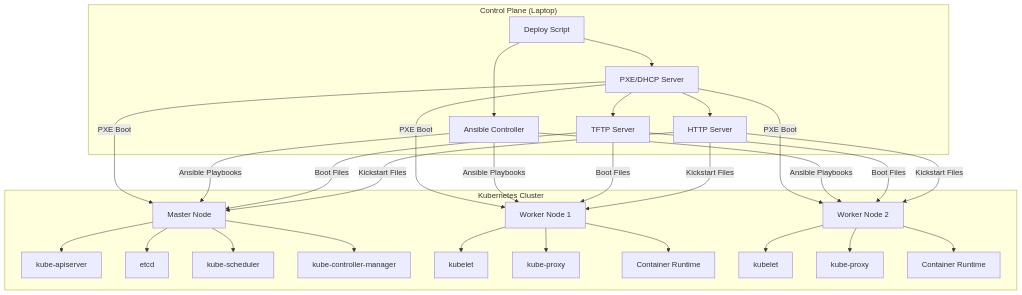
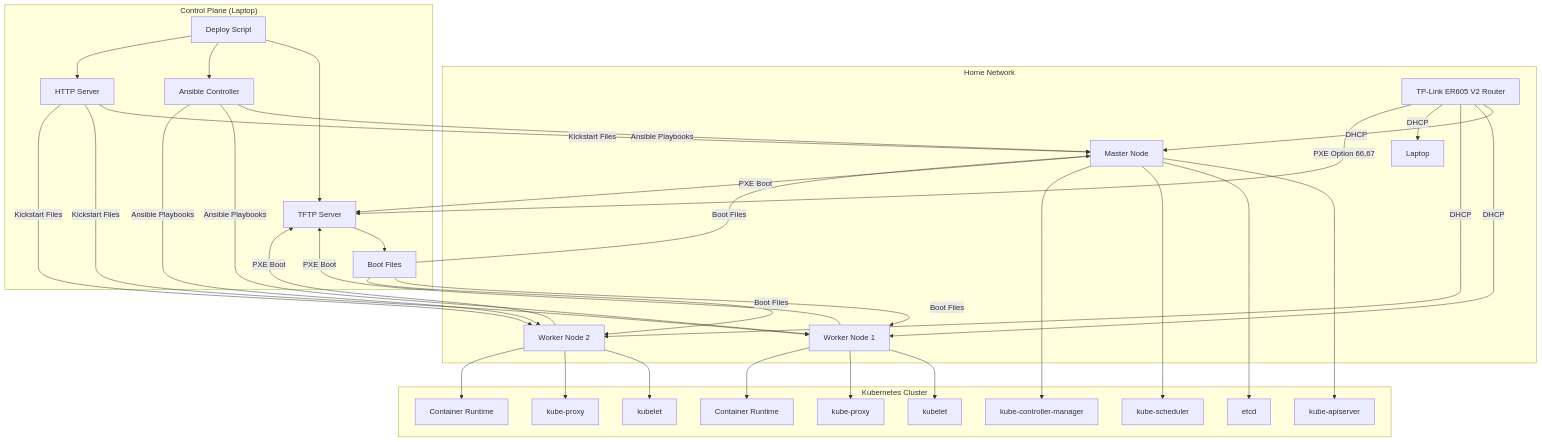
The first of 2 diagrams in README.md (DramisInfo/kube-lab), drawn with Mermaid before and after one commit. The commit also changed other lines of this file, not shown here.

Commit message:
feat: Enhance architecture diagrams and deployment flow for TP-Link ER605 V2 router integration

````diff
--- a/README.md
+++ b/README.md
@@ -28,35 +28,43 @@
 ```mermaid
 flowchart TD
+    subgraph "Home Network"
+        Z[TP-Link ER605 V2 Router] -- DHCP --> F
+        Z -- DHCP --> L
+        Z -- DHCP --> P
+        Z -- DHCP --> Laptop
+    end
+    
     subgraph "Control Plane (Laptop)"
-        A[Deploy Script] --> B[PXE/DHCP Server]
+        A[Deploy Script] --> B[TFTP Server]
         A --> C[Ansible Controller]
-        B --> D[TFTP Server]
-        B --> E[HTTP Server]
+        B --> D[Boot Files]
+        A --> E[HTTP Server]
     end
     
     subgraph "Kubernetes Cluster"
         F[Master Node] --> H[kube-apiserver]
         F --> I[etcd]
         F --> J[kube-scheduler]
         F --> K[kube-controller-manager]
         L[Worker Node 1] --> M[kubelet]
         L --> N[kube-proxy]
         L --> O[Container Runtime]
         P[Worker Node 2] --> Q[kubelet]
         P --> R[kube-proxy]
         P --> S[Container Runtime]
     end
     
-    B -- PXE Boot --> F
-    B -- PXE Boot --> L
-    B -- PXE Boot --> P
+    Z -- PXE Option 66,67 --> B
+    F -- PXE Boot --> B
+    L -- PXE Boot --> B
+    P -- PXE Boot --> B
     C -- Ansible Playbooks --> F
     C -- Ansible Playbooks --> L
     C -- Ansible Playbooks --> P
     D -- Boot Files --> F
     D -- Boot Files --> L
     D -- Boot Files --> P
     E -- Kickstart Files --> F
     E -- Kickstart Files --> L
     E -- Kickstart Files --> P
 ```
````
